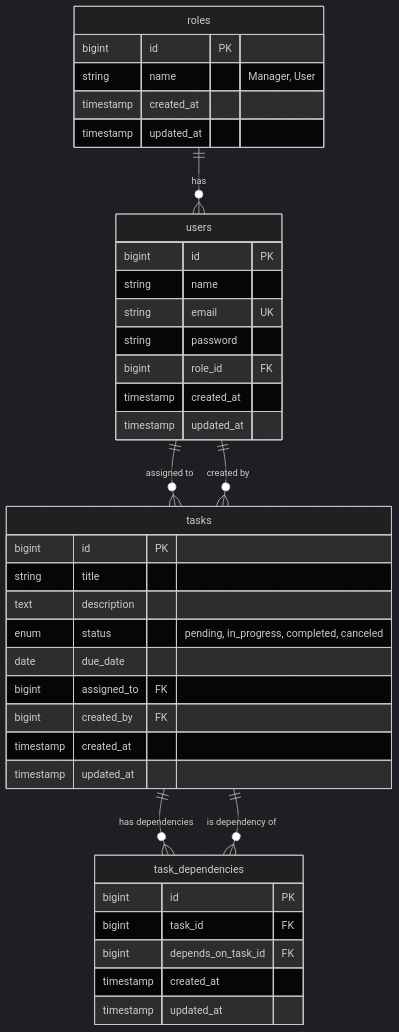
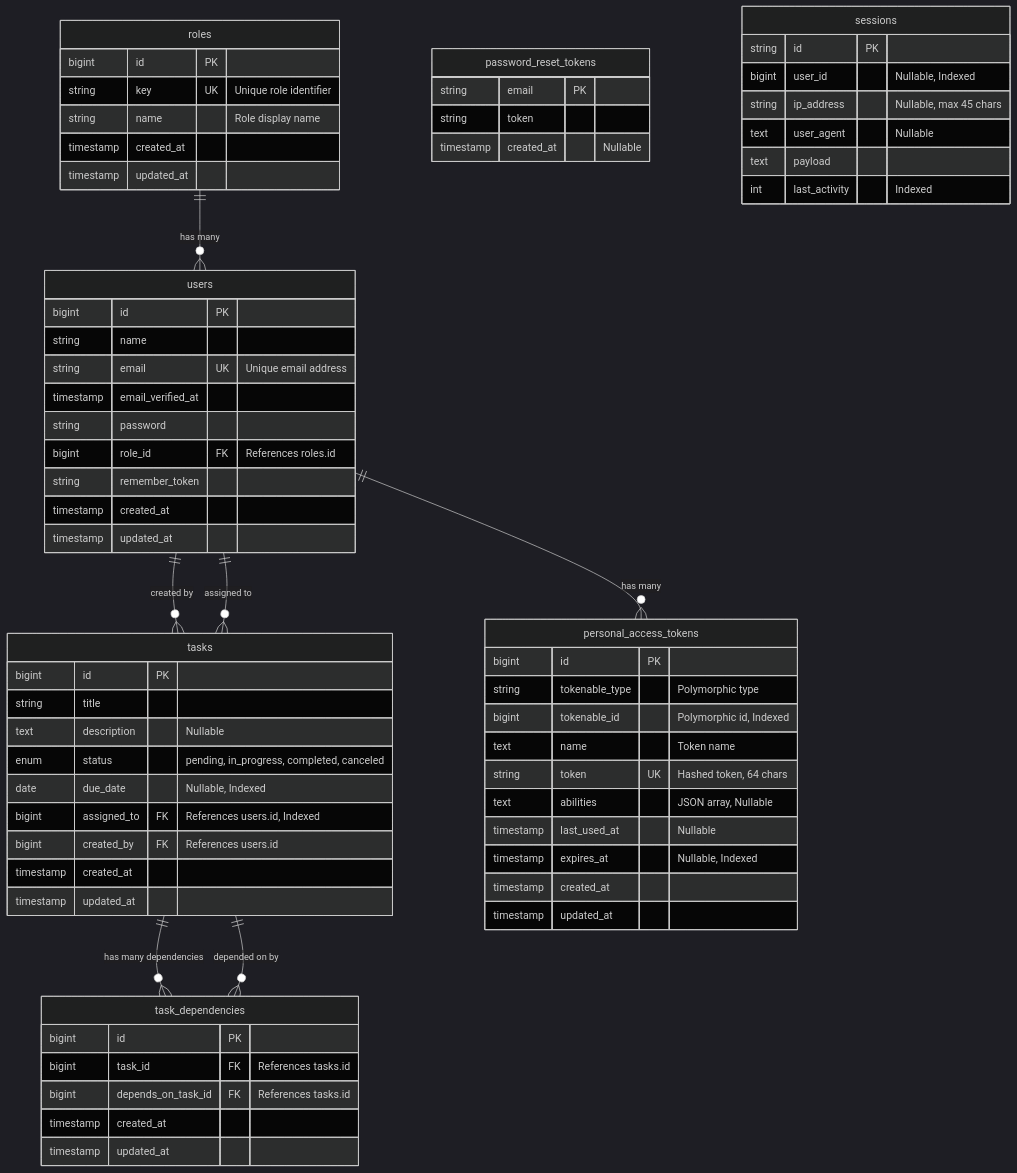
One commit to SamehMohamedAhmedOmr/task-management-system changed the diagram in erd.md. Above: the diagram before and after it, drawn with Mermaid (dark theme). The commit also changed other lines of this file and 3 other files, not shown here.

````diff
--- a/erd.md
+++ b/erd.md
@@ -5,45 +9,77 @@
 ```mermaid
 erDiagram
-    roles ||--o{ users : has
+    roles ||--o{ users : "has many"
+    users ||--o{ tasks : "created by"
     users ||--o{ tasks : "assigned to"
-    users ||--o{ tasks : "created by"
-    tasks ||--o{ task_dependencies : "has dependencies"
-    tasks ||--o{ task_dependencies : "is dependency of"
+    users ||--o{ personal_access_tokens : "has many"
+    tasks ||--o{ task_dependencies : "has many dependencies"
+    tasks ||--o{ task_dependencies : "depended on by"
 
     roles {
         bigint id PK
-        string name "Manager, User"
+        string key UK "Unique role identifier"
+        string name "Role display name"
         timestamp created_at
         timestamp updated_at
     }
 
     users {
         bigint id PK
         string name
-        string email UK
+        string email UK "Unique email address"
+        timestamp email_verified_at
         string password
-        bigint role_id FK
+        bigint role_id FK "References roles.id"
+        string remember_token
         timestamp created_at
         timestamp updated_at
     }
 
     tasks {
         bigint id PK
         string title
-        text description
+        text description "Nullable"
         enum status "pending, in_progress, completed, canceled"
-        date due_date
-        bigint assigned_to FK
-        bigint created_by FK
+        date due_date "Nullable, Indexed"
+        bigint assigned_to FK "References users.id, Indexed"
+        bigint created_by FK "References users.id"
         timestamp created_at
         timestamp updated_at
     }
 
     task_dependencies {
         bigint id PK
-        bigint task_id FK
-        bigint depends_on_task_id FK
+        bigint task_id FK "References tasks.id"
+        bigint depends_on_task_id FK "References tasks.id"
         timestamp created_at
         timestamp updated_at
     }
+
+    personal_access_tokens {
+        bigint id PK
+        string tokenable_type "Polymorphic type"
+        bigint tokenable_id "Polymorphic id, Indexed"
+        text name "Token name"
+        string token UK "Hashed token, 64 chars"
+        text abilities "JSON array, Nullable"
+        timestamp last_used_at "Nullable"
+        timestamp expires_at "Nullable, Indexed"
+        timestamp created_at
+        timestamp updated_at
+    }
+
+    password_reset_tokens {
+        string email PK
+        string token
+        timestamp created_at "Nullable"
+    }
+
+    sessions {
+        string id PK
+        bigint user_id "Nullable, Indexed"
+        string ip_address "Nullable, max 45 chars"
+        text user_agent "Nullable"
+        text payload
+        int last_activity "Indexed"
+    }
 ```
````
